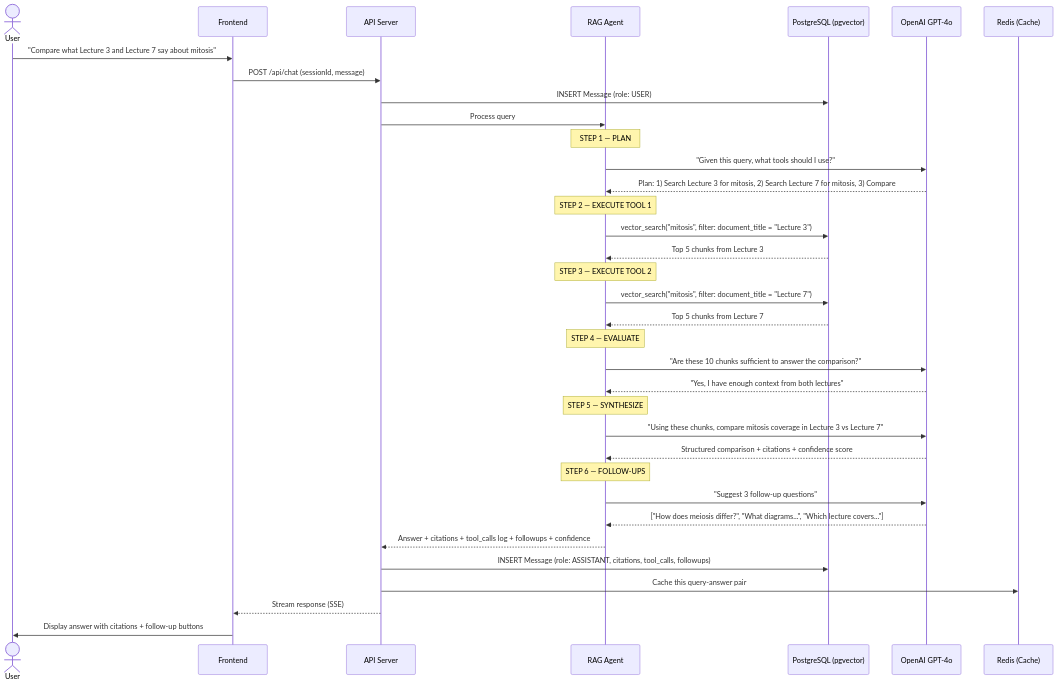
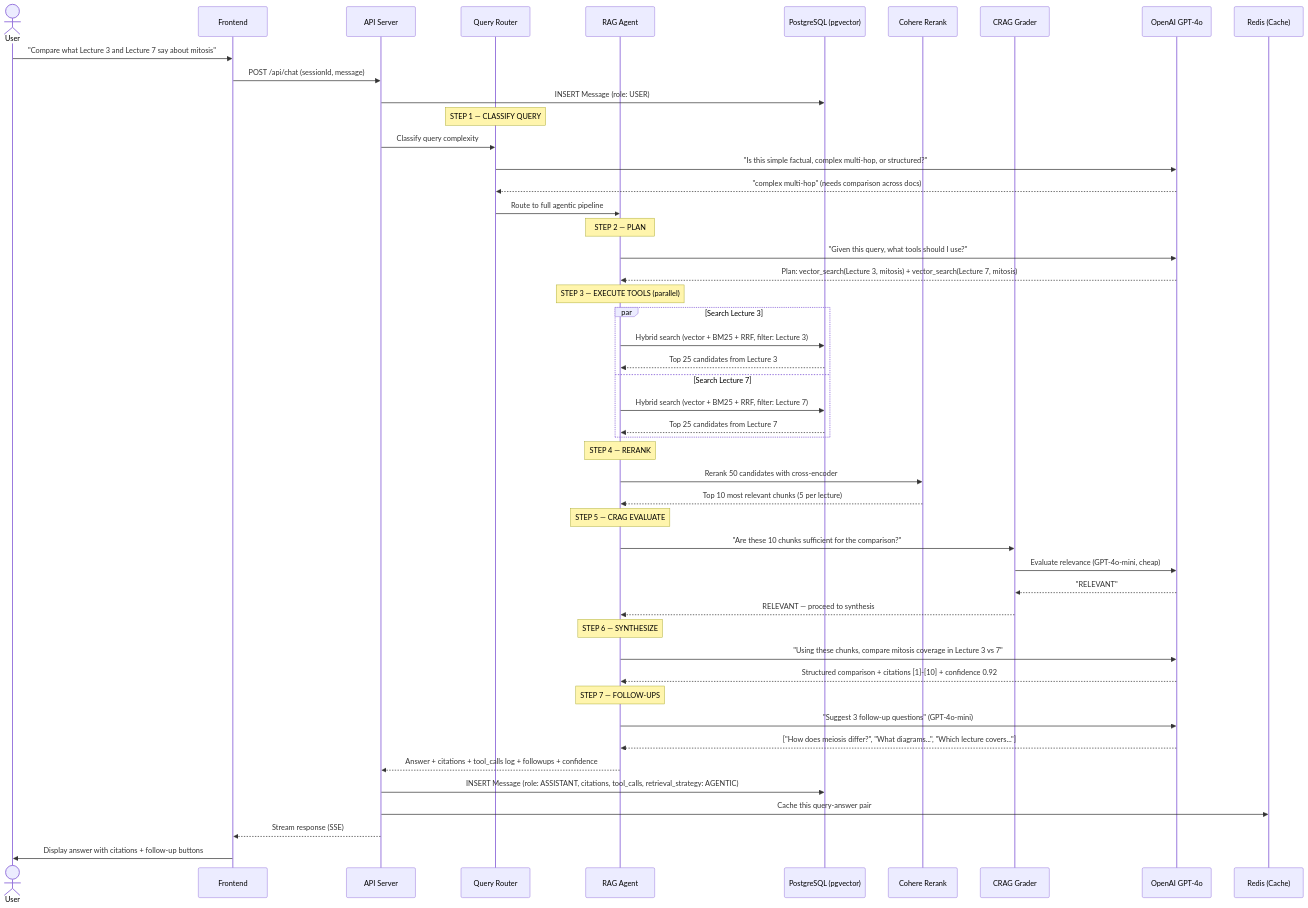
The fourth of 8 diagrams in sequenceDiagram.md (VIDHITTS/OmniScript), drawn with Mermaid before and after one commit. The commit also changed other lines of this file and 7 other files, not shown here.

````diff
--- a/sequenceDiagram.md
+++ b/sequenceDiagram.md
@@ -95,45 +138,60 @@
 ```mermaid
 sequenceDiagram
     actor User
     participant Frontend as Frontend
     participant Backend as API Server
+    participant Router as Query Router
     participant Agent as RAG Agent
     participant DB as PostgreSQL (pgvector)
+    participant Reranker as Cohere Rerank
+    participant Grader as CRAG Grader
     participant LLM as OpenAI GPT-4o
     participant Redis as Redis (Cache)
 
     User->>Frontend: "Compare what Lecture 3 and Lecture 7 say about mitosis"
     Frontend->>Backend: POST /api/chat (sessionId, message)
     Backend->>DB: INSERT Message (role: USER)
-    Backend->>Agent: Process query
 
-    Note over Agent: STEP 1 — PLAN
+    Note over Router: STEP 1 — CLASSIFY QUERY
+    Backend->>Router: Classify query complexity
+    Router->>LLM: "Is this simple factual, complex multi-hop, or structured?"
+    LLM-->>Router: "complex multi-hop" (needs comparison across docs)
+    Router->>Agent: Route to full agentic pipeline
+
+    Note over Agent: STEP 2 — PLAN
     Agent->>LLM: "Given this query, what tools should I use?"
-    LLM-->>Agent: Plan: 1) Search Lecture 3 for mitosis, 2) Search Lecture 7 for mitosis, 3) Compare
+    LLM-->>Agent: Plan: vector_search(Lecture 3, mitosis) + vector_search(Lecture 7, mitosis)
 
-    Note over Agent: STEP 2 — EXECUTE TOOL 1
-    Agent->>DB: vector_search("mitosis", filter: document_title = "Lecture 3")
-    DB-->>Agent: Top 5 chunks from Lecture 3
+    Note over Agent: STEP 3 — EXECUTE TOOLS (parallel)
+    par Search Lecture 3
+        Agent->>DB: Hybrid search (vector + BM25 + RRF, filter: Lecture 3)
+        DB-->>Agent: Top 25 candidates from Lecture 3
+    and Search Lecture 7
+        Agent->>DB: Hybrid search (vector + BM25 + RRF, filter: Lecture 7)
+        DB-->>Agent: Top 25 candidates from Lecture 7
+    end
 
-    Note over Agent: STEP 3 — EXECUTE TOOL 2
-    Agent->>DB: vector_search("mitosis", filter: document_title = "Lecture 7")
-    DB-->>Agent: Top 5 chunks from Lecture 7
+    Note over Agent: STEP 4 — RERANK
+    Agent->>Reranker: Rerank 50 candidates with cross-encoder
+    Reranker-->>Agent: Top 10 most relevant chunks (5 per lecture)
 
-    Note over Agent: STEP 4 — EVALUATE
-    Agent->>LLM: "Are these 10 chunks sufficient to answer the comparison?"
-    LLM-->>Agent: "Yes, I have enough context from both lectures"
+    Note over Agent: STEP 5 — CRAG EVALUATE
+    Agent->>Grader: "Are these 10 chunks sufficient for the comparison?"
+    Grader->>LLM: Evaluate relevance (GPT-4o-mini, cheap)
+    LLM-->>Grader: "RELEVANT"
+    Grader-->>Agent: RELEVANT — proceed to synthesis
 
-    Note over Agent: STEP 5 — SYNTHESIZE
-    Agent->>LLM: "Using these chunks, compare mitosis coverage in Lecture 3 vs Lecture 7"
-    LLM-->>Agent: Structured comparison + citations + confidence score
+    Note over Agent: STEP 6 — SYNTHESIZE
+    Agent->>LLM: "Using these chunks, compare mitosis coverage in Lecture 3 vs 7"
+    LLM-->>Agent: Structured comparison + citations [1]-[10] + confidence 0.92
 
-    Note over Agent: STEP 6 — FOLLOW-UPS
-    Agent->>LLM: "Suggest 3 follow-up questions"
+    Note over Agent: STEP 7 — FOLLOW-UPS
+    Agent->>LLM: "Suggest 3 follow-up questions" (GPT-4o-mini)
     LLM-->>Agent: ["How does meiosis differ?", "What diagrams...", "Which lecture covers..."]
 
     Agent-->>Backend: Answer + citations + tool_calls log + followups + confidence
-    Backend->>DB: INSERT Message (role: ASSISTANT, citations, tool_calls, followups)
+    Backend->>DB: INSERT Message (role: ASSISTANT, citations, tool_calls, retrieval_strategy: AGENTIC)
     Backend->>Redis: Cache this query-answer pair
     Backend-->>Frontend: Stream response (SSE)
     Frontend->>User: Display answer with citations + follow-up buttons
 ```
````
